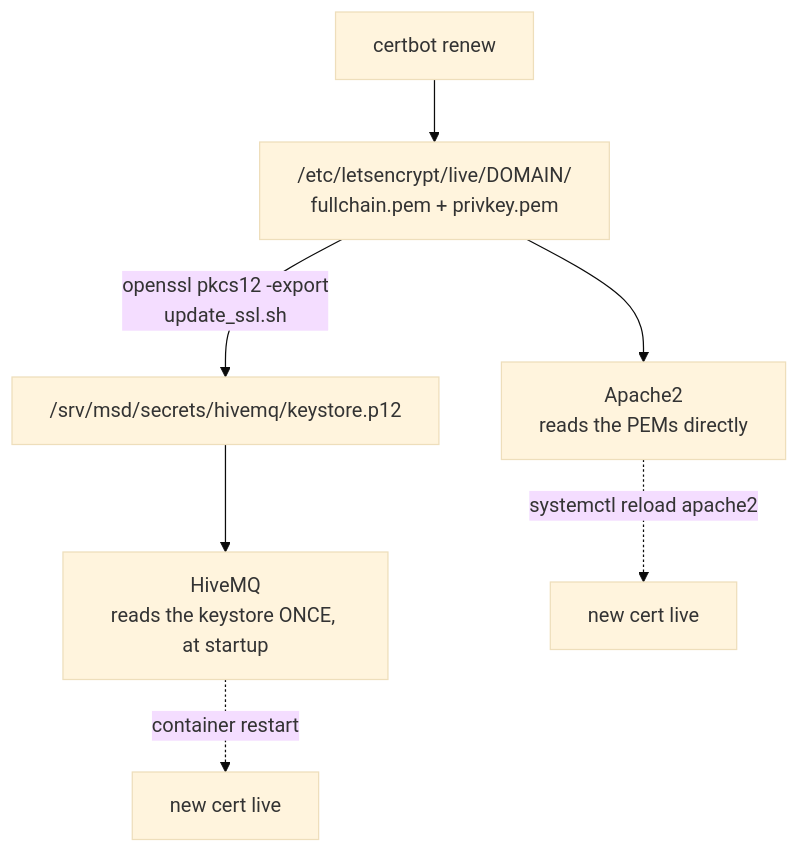
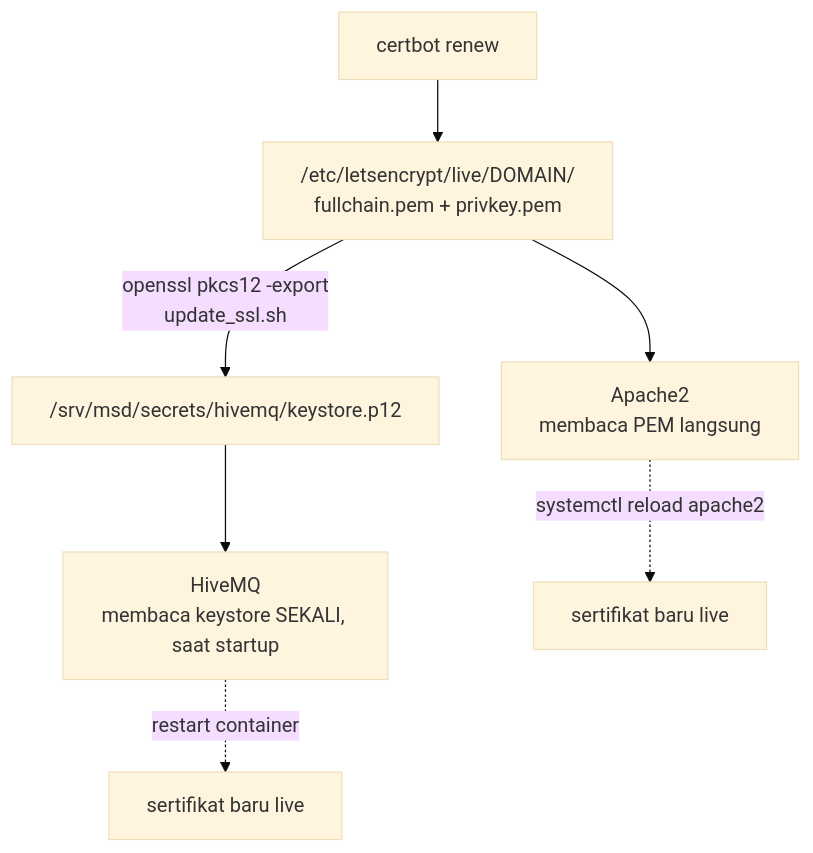
The diagram in docs/id/setup/maintenance.md (itbdelaboprogramming/msd700_documentation), drawn with Mermaid (base theme) before and after one commit. The commit also changed other lines of this file and 110 other files, not shown here.

````diff
--- a/docs/id/setup/maintenance.md
+++ b/docs/id/setup/maintenance.md
@@ -72,9 +75,9 @@
 ```mermaid
 flowchart TB
   CB["certbot renew"] --> PEM["/etc/letsencrypt/live/DOMAIN/<br/>fullchain.pem + privkey.pem"]
-  PEM --> AP["Apache2<br/>reads the PEMs directly"]
+  PEM --> AP["Apache2<br/>membaca PEM langsung"]
   PEM -->|"openssl pkcs12 -export<br/>update_ssl.sh"| KS["/srv/msd/secrets/hivemq/keystore.p12"]
-  KS --> MQ["HiveMQ<br/>reads the keystore ONCE, at startup"]
-  AP -.->|"systemctl reload apache2"| DONE1["new cert live"]
-  MQ -.->|"container restart"| DONE2["new cert live"]
+  KS --> MQ["HiveMQ<br/>membaca keystore SEKALI, saat startup"]
+  AP -.->|"systemctl reload apache2"| DONE1["sertifikat baru live"]
+  MQ -.->|"restart container"| DONE2["sertifikat baru live"]
 ```
````
